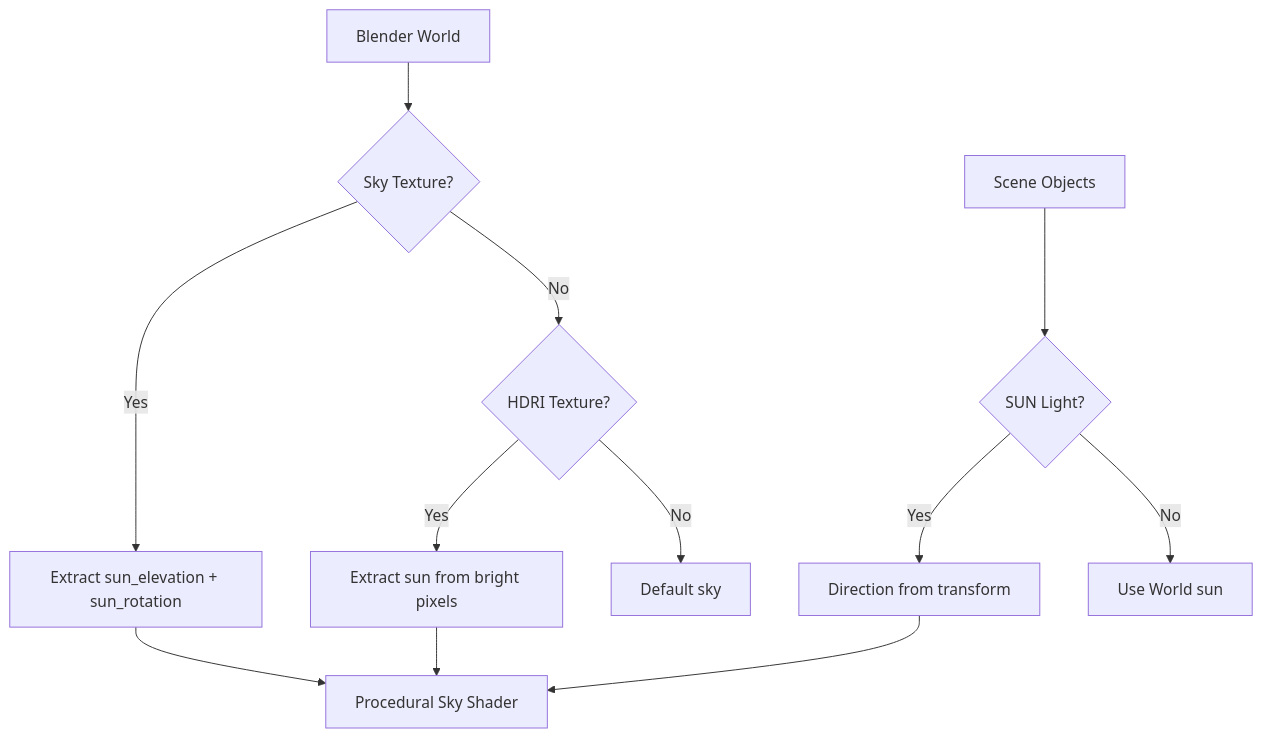
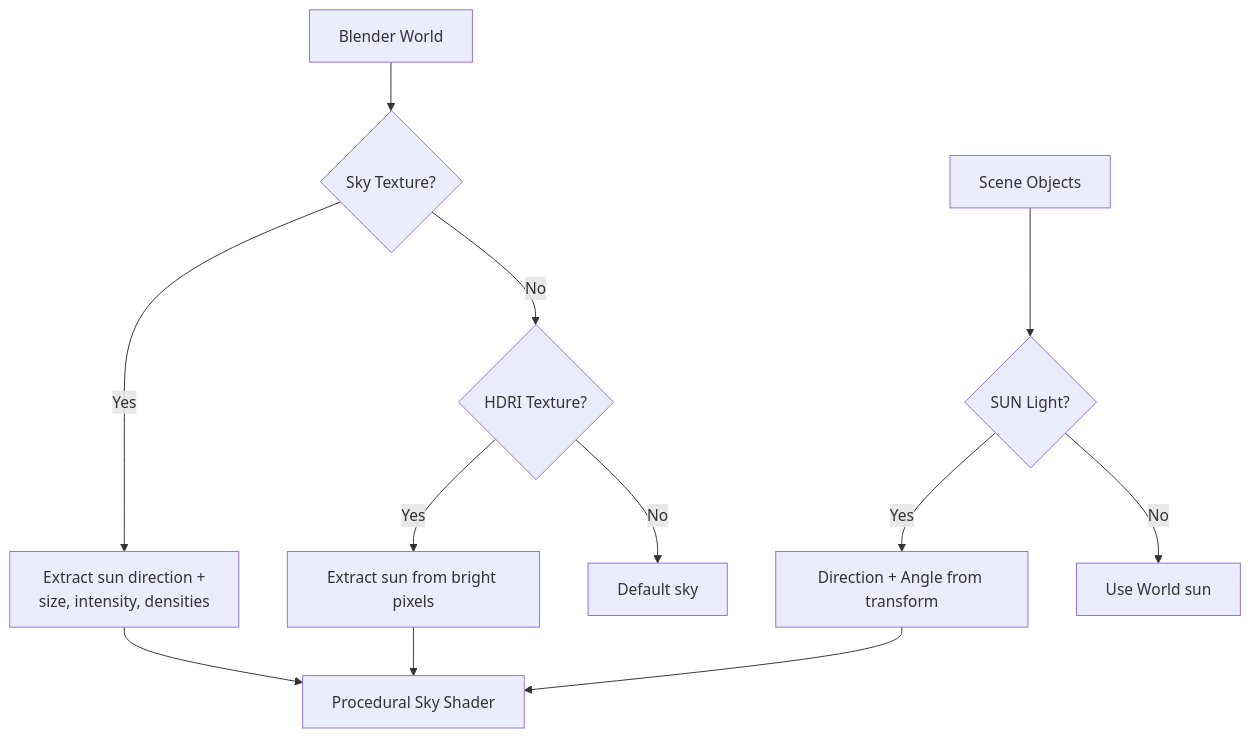
The first of 2 diagrams in docs/features/lighting.md (kalexis1994/ignis-rt), drawn with Mermaid before and after one commit. The commit also changed other lines of this file and 2 other files, not shown here.

First line of the commit message:
Update docs: Sky Texture properties, hierarchy transform sync

````diff
--- a/docs/features/lighting.md
+++ b/docs/features/lighting.md
@@ -13,16 +32,16 @@
 ```mermaid
 flowchart TD
     WORLD[Blender World] --> SKY{Sky Texture?}
-    SKY -->|Yes| NISHITA[Extract sun_elevation + sun_rotation]
+    SKY -->|Yes| NISHITA[Extract sun direction +<br>size, intensity, densities]
     SKY -->|No| HDRI{HDRI Texture?}
     HDRI -->|Yes| EXTRACT[Extract sun from bright pixels]
     HDRI -->|No| DEFAULT[Default sky]
 
     SCENE[Scene Objects] --> SUN{SUN Light?}
-    SUN -->|Yes| SUNDIR[Direction from transform]
+    SUN -->|Yes| SUNDIR[Direction + Angle from transform]
     SUN -->|No| FALLBACK[Use World sun]
 
     NISHITA --> SHADER[Procedural Sky Shader]
     EXTRACT --> SHADER
     SUNDIR --> SHADER
 ```
````
